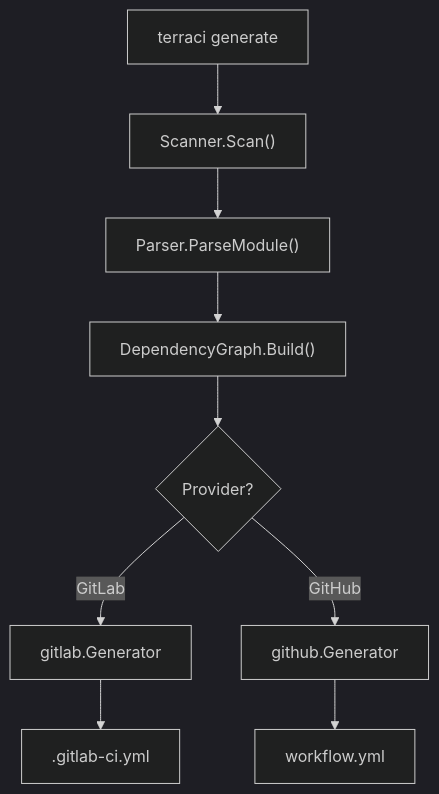
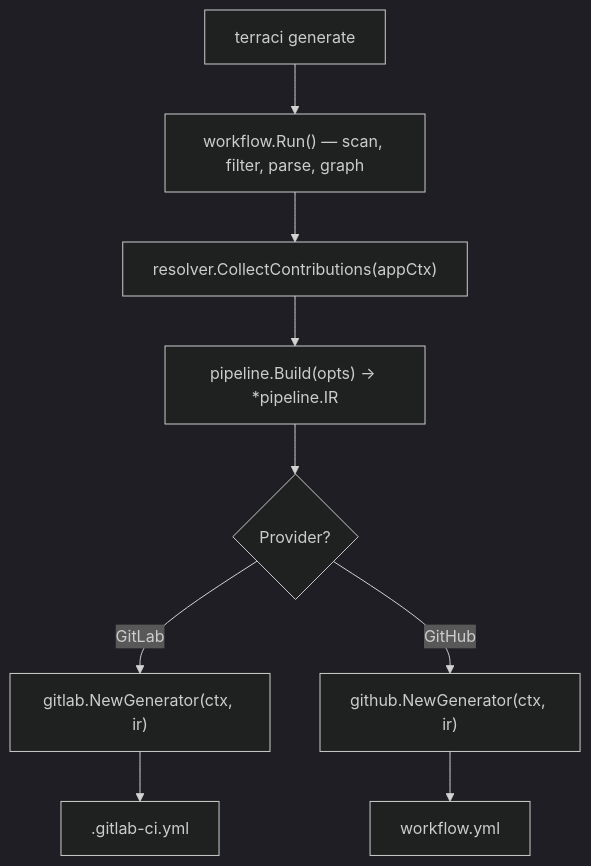
The fourth of 4 diagrams in docs/guide/how-it-works.md (edelwud/terraci), drawn with Mermaid (dark theme) before and after one commit. The commit also changed other lines of this file and 150 other files, not shown here.

First line of the commit message:
refactor(pkg): close architecture review (rounds 1-4) + docs alignment

````diff
--- a/docs/guide/how-it-works.md
+++ b/docs/guide/how-it-works.md
@@ -218,10 +218,10 @@
 ```mermaid
 flowchart TD
   A["terraci generate"] --> B
-  B["Scanner.Scan()"] --> C
-  C["Parser.ParseModule()"] --> D
-  D["DependencyGraph.Build()"] --> E
+  B["workflow.Run() — scan, filter, parse, graph"] --> C
+  C["resolver.CollectContributions(appCtx)"] --> D
+  D["pipeline.Build(opts) → *pipeline.IR"] --> E
   E{"Provider?"}
-  E -->|GitLab| F["gitlab.Generator"] --> G[".gitlab-ci.yml"]
-  E -->|GitHub| H["github.Generator"] --> I["workflow.yml"]
+  E -->|GitLab| F["gitlab.NewGenerator(ctx, ir)"] --> G[".gitlab-ci.yml"]
+  E -->|GitHub| H["github.NewGenerator(ctx, ir)"] --> I["workflow.yml"]
 ```
````
